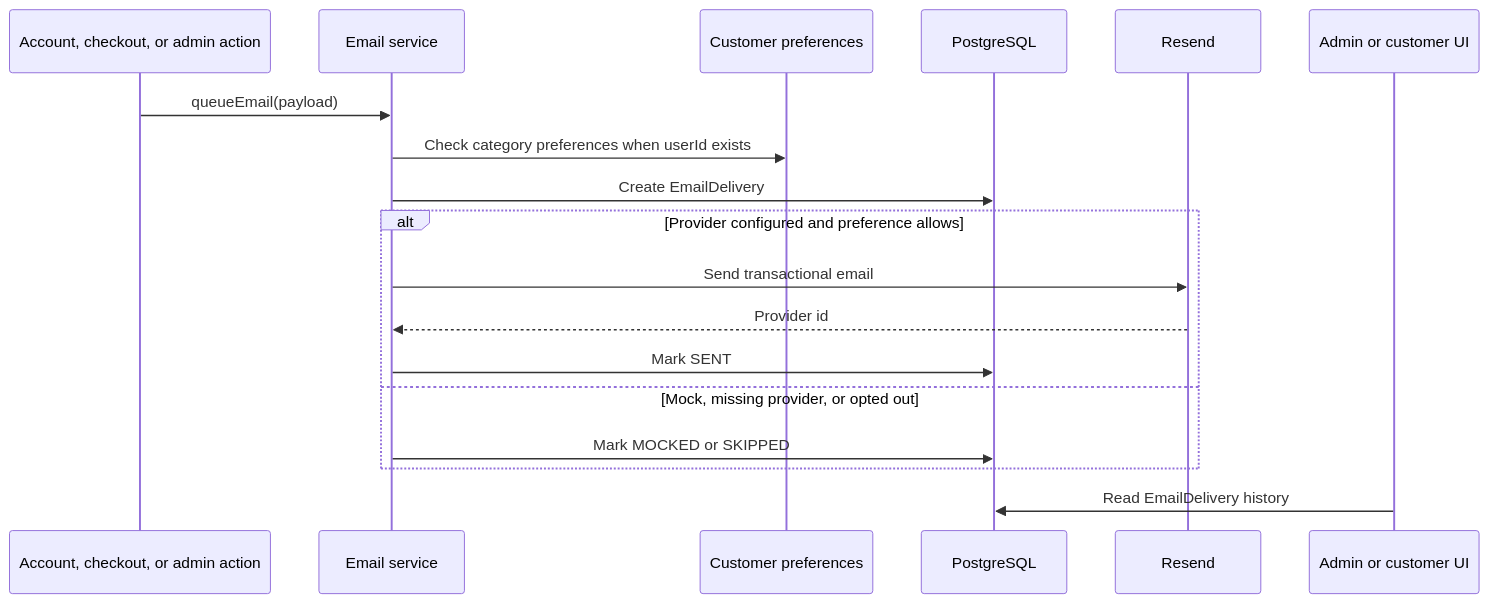
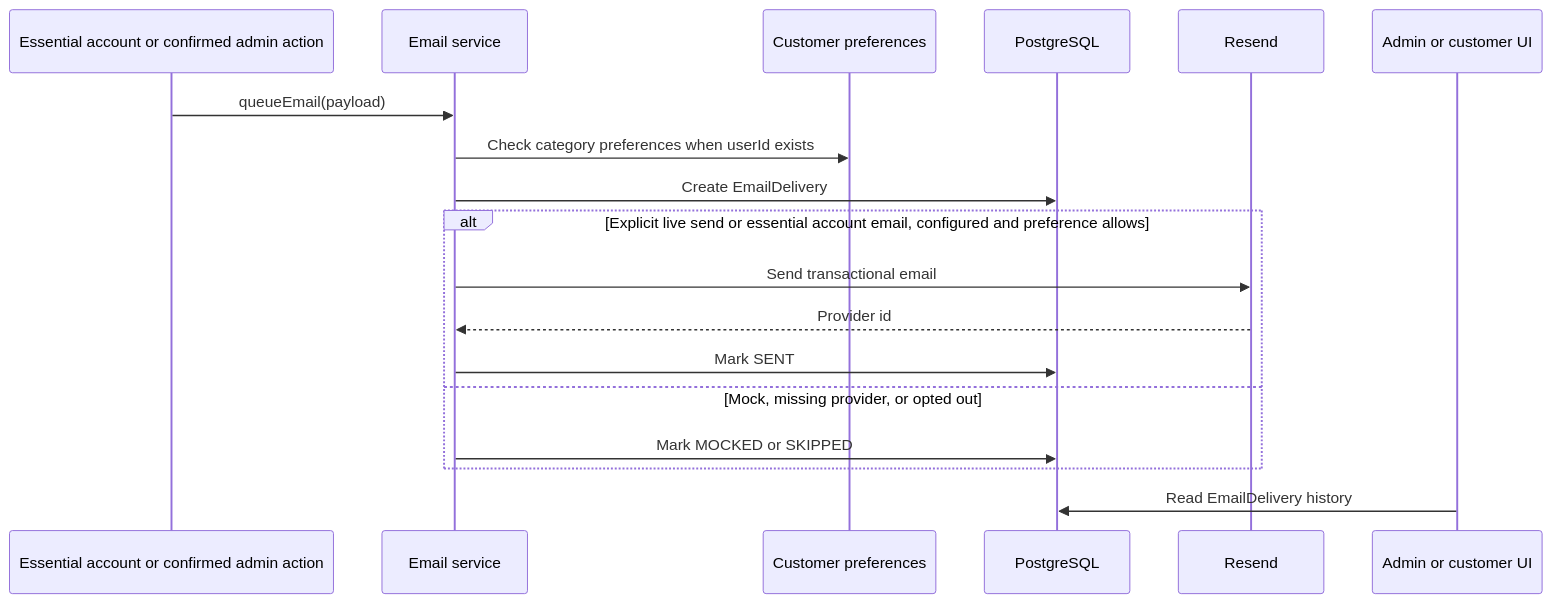
One commit to alvarezaaronAI/doggy-ent changed the fourth of 11 diagrams in doggy_ent_vue/docs/architecture/data-flow.md. Above: the diagram before and after it, drawn with Mermaid. The commit also changed other lines of this file and 210 other files, not shown here.

````diff
--- a/doggy_ent_vue/docs/architecture/data-flow.md
+++ b/doggy_ent_vue/docs/architecture/data-flow.md
@@ -194,21 +215,21 @@
 ```mermaid
 sequenceDiagram
-  participant Trigger as Account, checkout, or admin action
+  participant Trigger as Essential account or confirmed admin action
   participant Email as Email service
   participant Prefs as Customer preferences
   participant DB as PostgreSQL
   participant Resend
   participant UI as Admin or customer UI
 
   Trigger->>Email: queueEmail(payload)
   Email->>Prefs: Check category preferences when userId exists
   Email->>DB: Create EmailDelivery
-  alt Provider configured and preference allows
+  alt Explicit live send or essential account email, configured and preference allows
     Email->>Resend: Send transactional email
     Resend-->>Email: Provider id
     Email->>DB: Mark SENT
   else Mock, missing provider, or opted out
     Email->>DB: Mark MOCKED or SKIPPED
   end
   UI->>DB: Read EmailDelivery history
 ```
````
